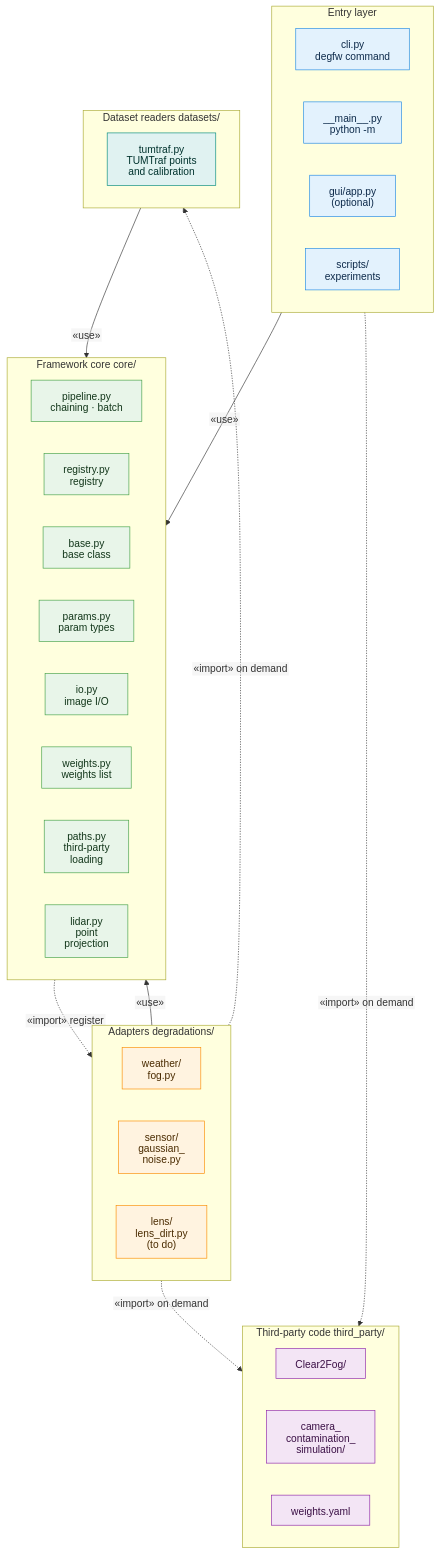
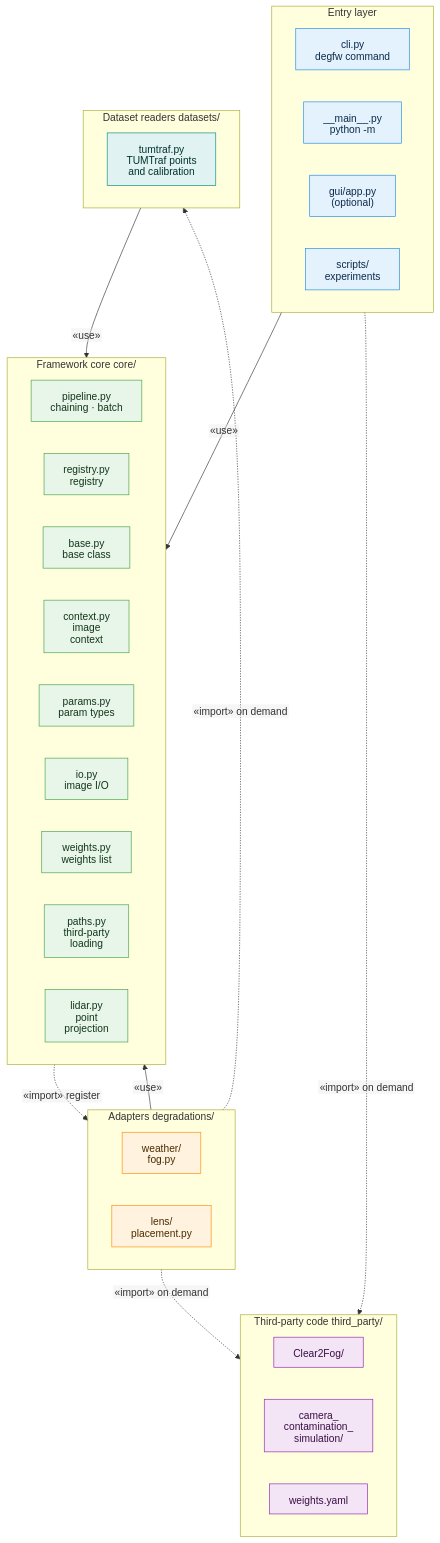
One commit to Tommy6015/degradation-framework changed the first of 4 diagrams in doc_EN/architecture.md. Above: the diagram before and after it, drawn with Mermaid. The commit also changed other lines of this file and 38 other files, not shown here.

````diff
--- a/doc_EN/architecture.md
+++ b/doc_EN/architecture.md
@@ -17,56 +17,56 @@
 ```mermaid
 %%{init: {"htmlLabels": false, "flowchart": {"htmlLabels": false, "wrappingWidth": 400}}}%%
 flowchart TB
     subgraph L1["Entry layer"]
         cli["cli.py<br/>degfw command"]
         main["__main__.py<br/>python -m"]
         gui["gui/app.py<br/>(optional)"]
         scripts["scripts/<br/>experiments"]
     end
 
     subgraph L2["Framework core core/"]
         pipeline["pipeline.py<br/>chaining · batch"]
         registry["registry.py<br/>registry"]
         base["base.py<br/>base class"]
+        context["context.py<br/>image<br/>context"]
         params["params.py<br/>param types"]
         io["io.py<br/>image I/O"]
         weights["weights.py<br/>weights list"]
         paths["paths.py<br/>third-party<br/>loading"]
         lidar["lidar.py<br/>point<br/>projection"]
     end
 
     subgraph L3["Adapters degradations/"]
         fog["weather/<br/>fog.py"]
-        noise["sensor/<br/>gaussian_<br/>noise.py"]
-        lens["lens/<br/>lens_dirt.py<br/>(to do)"]
+        lens["lens/<br/>placement.py"]
     end
 
     subgraph L5["Dataset readers datasets/"]
         tumtraf["tumtraf.py<br/>TUMTraf points<br/>and calibration"]
     end
 
     subgraph L4["Third-party code third_party/"]
         c2f["Clear2Fog/"]
         ccs["camera_<br/>contamination_<br/>simulation/"]
         wyaml["weights.yaml"]
     end
 
     L1 -->|"«use»"| L2
     L3 -->|"«use»"| L2
     L2 -.->|"«import» register"| L3
     L3 -.->|"«import» on demand"| L4
     L3 -.->|"«import» on demand"| L5
     L5 -->|"«use»"| L2
     L1 -.->|"«import» on demand"| L4
 
     classDef layer1 fill:#E3F2FD,stroke:#1E88E5,color:#0D2A4A
     classDef layer2 fill:#E8F5E9,stroke:#43A047,color:#12361A
     classDef layer3 fill:#FFF3E0,stroke:#FB8C00,color:#4A2B00
     classDef layer4 fill:#F3E5F5,stroke:#8E24AA,color:#3A0F45
     classDef layer5 fill:#E0F2F1,stroke:#00897B,color:#00332E
     class cli,main,gui,scripts layer1
-    class pipeline,registry,base,params,io,weights,paths,lidar layer2
-    class fog,noise,lens layer3
+    class pipeline,registry,base,context,params,io,weights,paths,lidar layer2
+    class fog,lens layer3
     class c2f,ccs,wyaml layer4
     class tumtraf layer5
 ```
````
